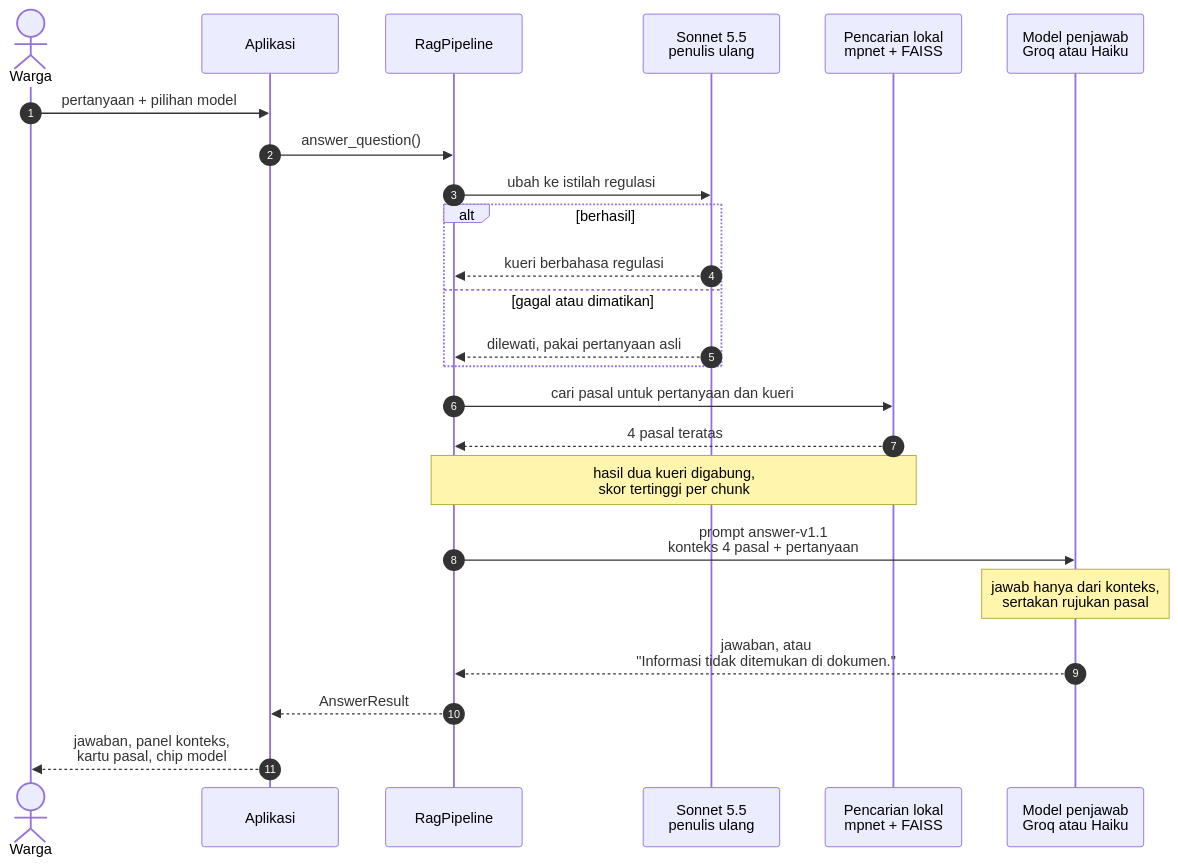
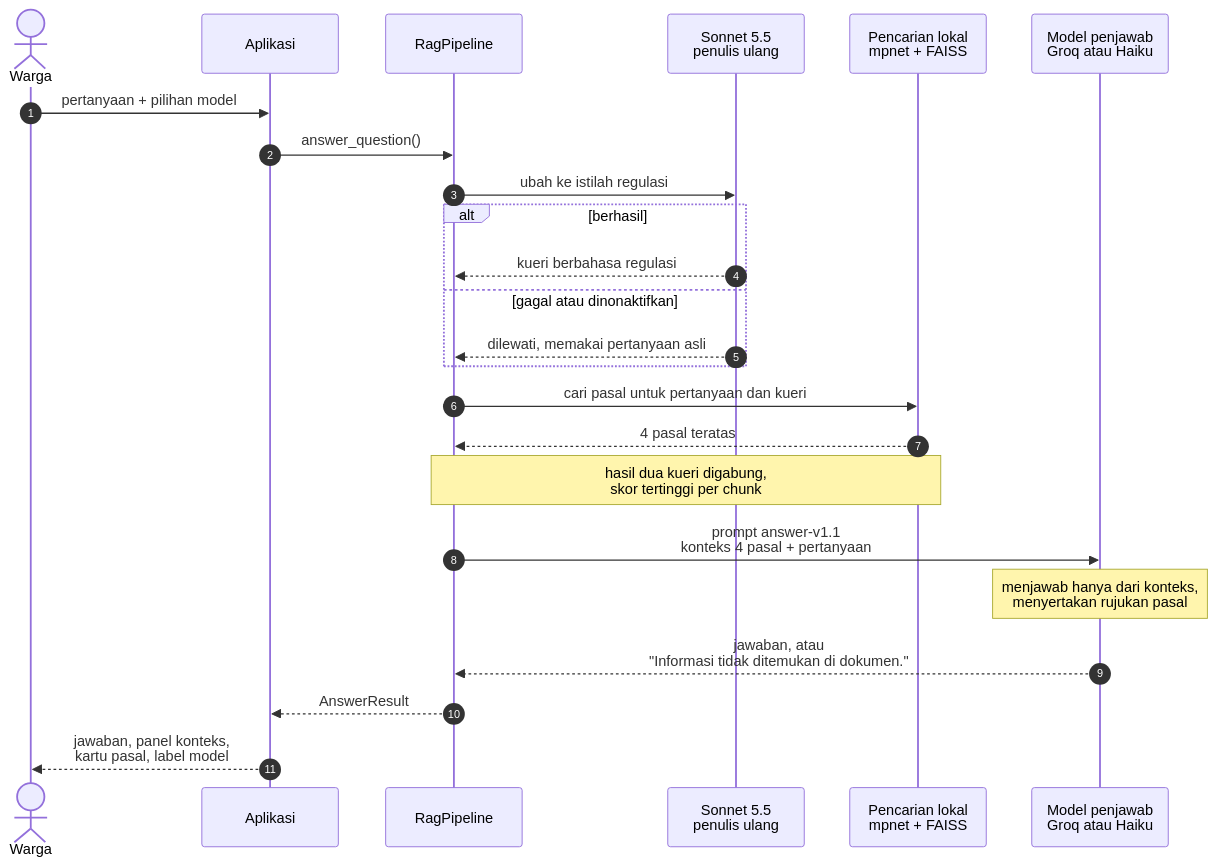
Before and after one commit to bangahmed/RAG_Dukcapil: the third of 6 diagrams in docs/alur-kerja.md, drawn with Mermaid. The commit also changed other lines of this file and 8 other files, not shown here.

Commit message:
Ubah dokumentasi ke bahasa akademis dan ganti chip contoh dengan pertanyaan set uji

````diff
--- a/docs/alur-kerja.md
+++ b/docs/alur-kerja.md
@@ -95,27 +98,27 @@
 ```mermaid
 sequenceDiagram
     autonumber
     actor W as Warga
     participant UI as Aplikasi
     participant P as RagPipeline
     participant S as Sonnet 5.5<br/>penulis ulang
     participant L as Pencarian lokal<br/>mpnet + FAISS
     participant M as Model penjawab<br/>Groq atau Haiku
 
     W->>UI: pertanyaan + pilihan model
     UI->>P: answer_question()
     P->>S: ubah ke istilah regulasi
     alt berhasil
         S-->>P: kueri berbahasa regulasi
-    else gagal atau dimatikan
-        S-->>P: dilewati, pakai pertanyaan asli
+    else gagal atau dinonaktifkan
+        S-->>P: dilewati, memakai pertanyaan asli
     end
     P->>L: cari pasal untuk pertanyaan dan kueri
     L-->>P: 4 pasal teratas
     Note over P,L: hasil dua kueri digabung,<br/>skor tertinggi per chunk
     P->>M: prompt answer-v1.1<br/>konteks 4 pasal + pertanyaan
-    Note over M: jawab hanya dari konteks,<br/>sertakan rujukan pasal
+    Note over M: menjawab hanya dari konteks,<br/>menyertakan rujukan pasal
     M-->>P: jawaban, atau<br/>"Informasi tidak ditemukan di dokumen."
     P-->>UI: AnswerResult
-    UI-->>W: jawaban, panel konteks,<br/>kartu pasal, chip model
+    UI-->>W: jawaban, panel konteks,<br/>kartu pasal, label model
 ```
````
